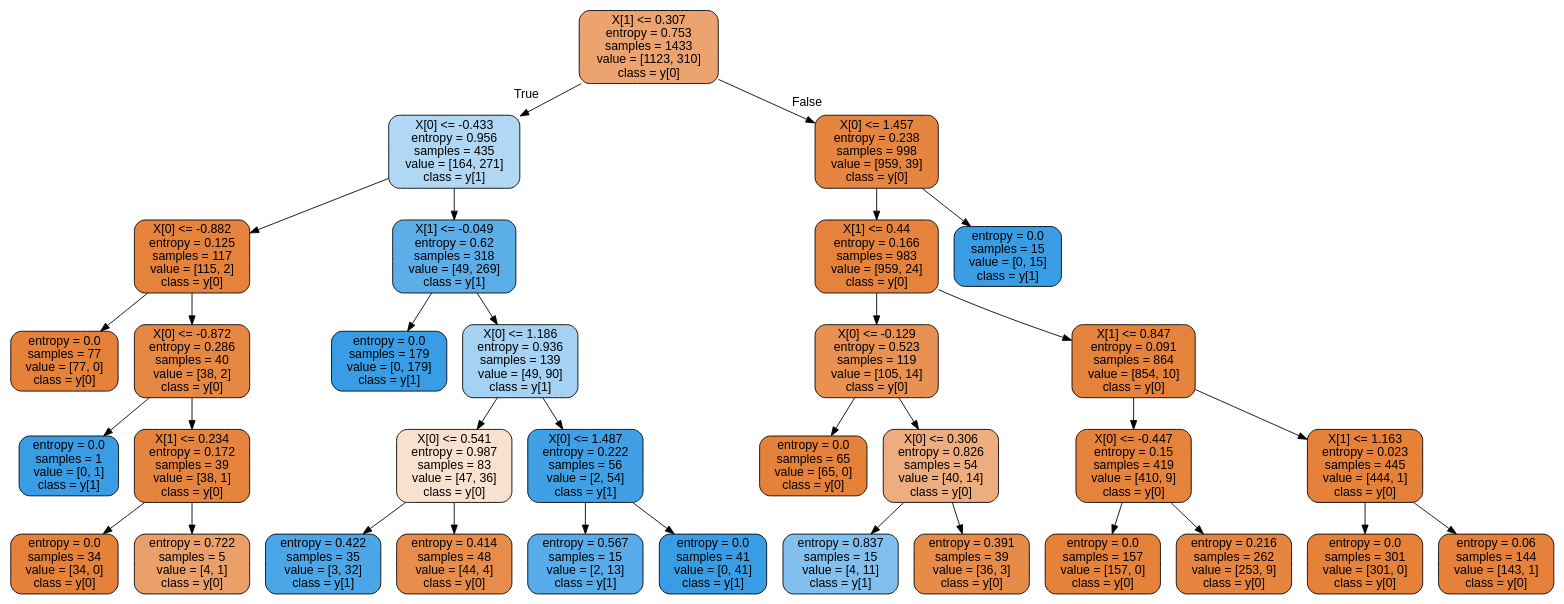
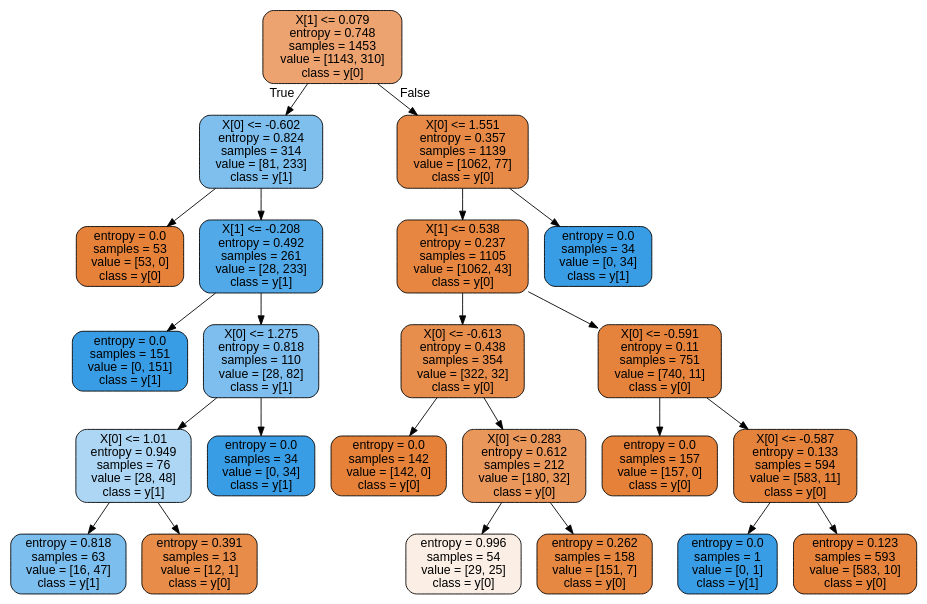
One commit to ahadimuhsin/credit-card-fraud-detection changed the diagram in moon_dataset_enn.dot. Above: the diagram before and after it, drawn with Graphviz. The commit also changed 10 other files, not shown here.

```diff
--- a/moon_dataset_enn.dot
+++ b/moon_dataset_enn.dot
@@ -1,69 +1,49 @@
 digraph Tree {
 node [shape=box, style="filled, rounded", color="black", fontname=helvetica] ;
 edge [fontname=helvetica] ;
-0 [label="X[1] <= 0.307\nentropy = 0.753\nsamples = 1433\nvalue = [1123, 310]\nclass = y[0]", fillcolor="#e58139b9"] ;
-1 [label="X[0] <= -0.433\nentropy = 0.956\nsamples = 435\nvalue = [164, 271]\nclass = y[1]", fillcolor="#399de565"] ;
+0 [label="X[1] <= 0.079\nentropy = 0.748\nsamples = 1453\nvalue = [1143, 310]\nclass = y[0]", fillcolor="#eca36f"] ;
+1 [label="X[0] <= -0.602\nentropy = 0.824\nsamples = 314\nvalue = [81, 233]\nclass = y[1]", fillcolor="#7ebfee"] ;
 0 -> 1 [labeldistance=2.5, labelangle=45, headlabel="True"] ;
-2 [label="X[0] <= -0.882\nentropy = 0.125\nsamples = 117\nvalue = [115, 2]\nclass = y[0]", fillcolor="#e58139fb"] ;
+2 [label="entropy = 0.0\nsamples = 53\nvalue = [53, 0]\nclass = y[0]", fillcolor="#e58139"] ;
 1 -> 2 ;
-3 [label="entropy = 0.0\nsamples = 77\nvalue = [77, 0]\nclass = y[0]", fillcolor="#e58139ff"] ;
-2 -> 3 ;
-4 [label="X[0] <= -0.872\nentropy = 0.286\nsamples = 40\nvalue = [38, 2]\nclass = y[0]", fillcolor="#e58139f2"] ;
-2 -> 4 ;
-5 [label="entropy = 0.0\nsamples = 1\nvalue = [0, 1]\nclass = y[1]", fillcolor="#399de5ff"] ;
-4 -> 5 ;
-6 [label="X[1] <= 0.234\nentropy = 0.172\nsamples = 39\nvalue = [38, 1]\nclass = y[0]", fillcolor="#e58139f8"] ;
-4 -> 6 ;
-7 [label="entropy = 0.0\nsamples = 34\nvalue = [34, 0]\nclass = y[0]", fillcolor="#e58139ff"] ;
+3 [label="X[1] <= -0.208\nentropy = 0.492\nsamples = 261\nvalue = [28, 233]\nclass = y[1]", fillcolor="#51a9e8"] ;
+1 -> 3 ;
+4 [label="entropy = 0.0\nsamples = 151\nvalue = [0, 151]\nclass = y[1]", fillcolor="#399de5"] ;
+3 -> 4 ;
+5 [label="X[0] <= 1.275\nentropy = 0.818\nsamples = 110\nvalue = [28, 82]\nclass = y[1]", fillcolor="#7dbeee"] ;
+3 -> 5 ;
+6 [label="X[0] <= 1.01\nentropy = 0.949\nsamples = 76\nvalue = [28, 48]\nclass = y[1]", fillcolor="#acd6f4"] ;
+5 -> 6 ;
+7 [label="entropy = 0.818\nsamples = 63\nvalue = [16, 47]\nclass = y[1]", fillcolor="#7cbeee"] ;
 6 -> 7 ;
-8 [label="entropy = 0.722\nsamples = 5\nvalue = [4, 1]\nclass = y[0]", fillcolor="#e58139bf"] ;
+8 [label="entropy = 0.391\nsamples = 13\nvalue = [12, 1]\nclass = y[0]", fillcolor="#e78c49"] ;
 6 -> 8 ;
-9 [label="X[1] <= -0.049\nentropy = 0.62\nsamples = 318\nvalue = [49, 269]\nclass = y[1]", fillcolor="#399de5d1"] ;
-1 -> 9 ;
-10 [label="entropy = 0.0\nsamples = 179\nvalue = [0, 179]\nclass = y[1]", fillcolor="#399de5ff"] ;
-9 -> 10 ;
-11 [label="X[0] <= 1.186\nentropy = 0.936\nsamples = 139\nvalue = [49, 90]\nclass = y[1]", fillcolor="#399de574"] ;
-9 -> 11 ;
-12 [label="X[0] <= 0.541\nentropy = 0.987\nsamples = 83\nvalue = [47, 36]\nclass = y[0]", fillcolor="#e581393c"] ;
+9 [label="entropy = 0.0\nsamples = 34\nvalue = [0, 34]\nclass = y[1]", fillcolor="#399de5"] ;
+5 -> 9 ;
+10 [label="X[0] <= 1.551\nentropy = 0.357\nsamples = 1139\nvalue = [1062, 77]\nclass = y[0]", fillcolor="#e78a47"] ;
+0 -> 10 [labeldistance=2.5, labelangle=-45, headlabel="False"] ;
+11 [label="X[1] <= 0.538\nentropy = 0.237\nsamples = 1105\nvalue = [1062, 43]\nclass = y[0]", fillcolor="#e68641"] ;
+10 -> 11 ;
+12 [label="X[0] <= -0.613\nentropy = 0.438\nsamples = 354\nvalue = [322, 32]\nclass = y[0]", fillcolor="#e88e4d"] ;
 11 -> 12 ;
-13 [label="entropy = 0.422\nsamples = 35\nvalue = [3, 32]\nclass = y[1]", fillcolor="#399de5e7"] ;
+13 [label="entropy = 0.0\nsamples = 142\nvalue = [142, 0]\nclass = y[0]", fillcolor="#e58139"] ;
 12 -> 13 ;
-14 [label="entropy = 0.414\nsamples = 48\nvalue = [44, 4]\nclass = y[0]", fillcolor="#e58139e8"] ;
+14 [label="X[0] <= 0.283\nentropy = 0.612\nsamples = 212\nvalue = [180, 32]\nclass = y[0]", fillcolor="#ea975c"] ;
 12 -> 14 ;
-15 [label="X[0] <= 1.487\nentropy = 0.222\nsamples = 56\nvalue = [2, 54]\nclass = y[1]", fillcolor="#399de5f6"] ;
-11 -> 15 ;
-16 [label="entropy = 0.567\nsamples = 15\nvalue = [2, 13]\nclass = y[1]", fillcolor="#399de5d8"] ;
-15 -> 16 ;
-17 [label="entropy = 0.0\nsamples = 41\nvalue = [0, 41]\nclass = y[1]", fillcolor="#399de5ff"] ;
-15 -> 17 ;
-18 [label="X[0] <= 1.457\nentropy = 0.238\nsamples = 998\nvalue = [959, 39]\nclass = y[0]", fillcolor="#e58139f5"] ;
-0 -> 18 [labeldistance=2.5, labelangle=-45, headlabel="False"] ;
-19 [label="X[1] <= 0.44\nentropy = 0.166\nsamples = 983\nvalue = [959, 24]\nclass = y[0]", fillcolor="#e58139f9"] ;
-18 -> 19 ;
-20 [label="X[0] <= -0.129\nentropy = 0.523\nsamples = 119\nvalue = [105, 14]\nclass = y[0]", fillcolor="#e58139dd"] ;
+15 [label="entropy = 0.996\nsamples = 54\nvalue = [29, 25]\nclass = y[0]", fillcolor="#fbeee4"] ;
+14 -> 15 ;
+16 [label="entropy = 0.262\nsamples = 158\nvalue = [151, 7]\nclass = y[0]", fillcolor="#e68742"] ;
+14 -> 16 ;
+17 [label="X[0] <= -0.591\nentropy = 0.11\nsamples = 751\nvalue = [740, 11]\nclass = y[0]", fillcolor="#e5833c"] ;
+11 -> 17 ;
+18 [label="entropy = 0.0\nsamples = 157\nvalue = [157, 0]\nclass = y[0]", fillcolor="#e58139"] ;
+17 -> 18 ;
+19 [label="X[0] <= -0.587\nentropy = 0.133\nsamples = 594\nvalue = [583, 11]\nclass = y[0]", fillcolor="#e5833d"] ;
+17 -> 19 ;
+20 [label="entropy = 0.0\nsamples = 1\nvalue = [0, 1]\nclass = y[1]", fillcolor="#399de5"] ;
 19 -> 20 ;
-21 [label="entropy = 0.0\nsamples = 65\nvalue = [65, 0]\nclass = y[0]", fillcolor="#e58139ff"] ;
-20 -> 21 ;
-22 [label="X[0] <= 0.306\nentropy = 0.826\nsamples = 54\nvalue = [40, 14]\nclass = y[0]", fillcolor="#e58139a6"] ;
-20 -> 22 ;
-23 [label="entropy = 0.837\nsamples = 15\nvalue = [4, 11]\nclass = y[1]", fillcolor="#399de5a2"] ;
-22 -> 23 ;
-24 [label="entropy = 0.391\nsamples = 39\nvalue = [36, 3]\nclass = y[0]", fillcolor="#e58139ea"] ;
-22 -> 24 ;
-25 [label="X[1] <= 0.847\nentropy = 0.091\nsamples = 864\nvalue = [854, 10]\nclass = y[0]", fillcolor="#e58139fc"] ;
-19 -> 25 ;
-26 [label="X[0] <= -0.447\nentropy = 0.15\nsamples = 419\nvalue = [410, 9]\nclass = y[0]", fillcolor="#e58139f9"] ;
-25 -> 26 ;
-27 [label="entropy = 0.0\nsamples = 157\nvalue = [157, 0]\nclass = y[0]", fillcolor="#e58139ff"] ;
-26 -> 27 ;
-28 [label="entropy = 0.216\nsamples = 262\nvalue = [253, 9]\nclass = y[0]", fillcolor="#e58139f6"] ;
-26 -> 28 ;
-29 [label="X[1] <= 1.163\nentropy = 0.023\nsamples = 445\nvalue = [444, 1]\nclass = y[0]", fillcolor="#e58139fe"] ;
-25 -> 29 ;
-30 [label="entropy = 0.0\nsamples = 301\nvalue = [301, 0]\nclass = y[0]", fillcolor="#e58139ff"] ;
-29 -> 30 ;
-31 [label="entropy = 0.06\nsamples = 144\nvalue = [143, 1]\nclass = y[0]", fillcolor="#e58139fd"] ;
-29 -> 31 ;
-32 [label="entropy = 0.0\nsamples = 15\nvalue = [0, 15]\nclass = y[1]", fillcolor="#399de5ff"] ;
-18 -> 32 ;
+21 [label="entropy = 0.123\nsamples = 593\nvalue = [583, 10]\nclass = y[0]", fillcolor="#e5833c"] ;
+19 -> 21 ;
+22 [label="entropy = 0.0\nsamples = 34\nvalue = [0, 34]\nclass = y[1]", fillcolor="#399de5"] ;
+10 -> 22 ;
 }
```
